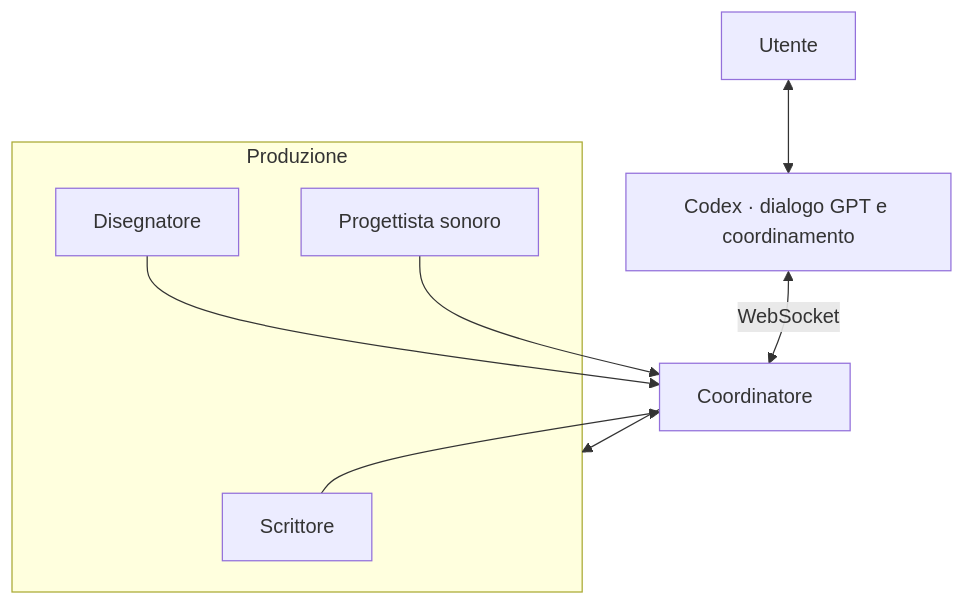
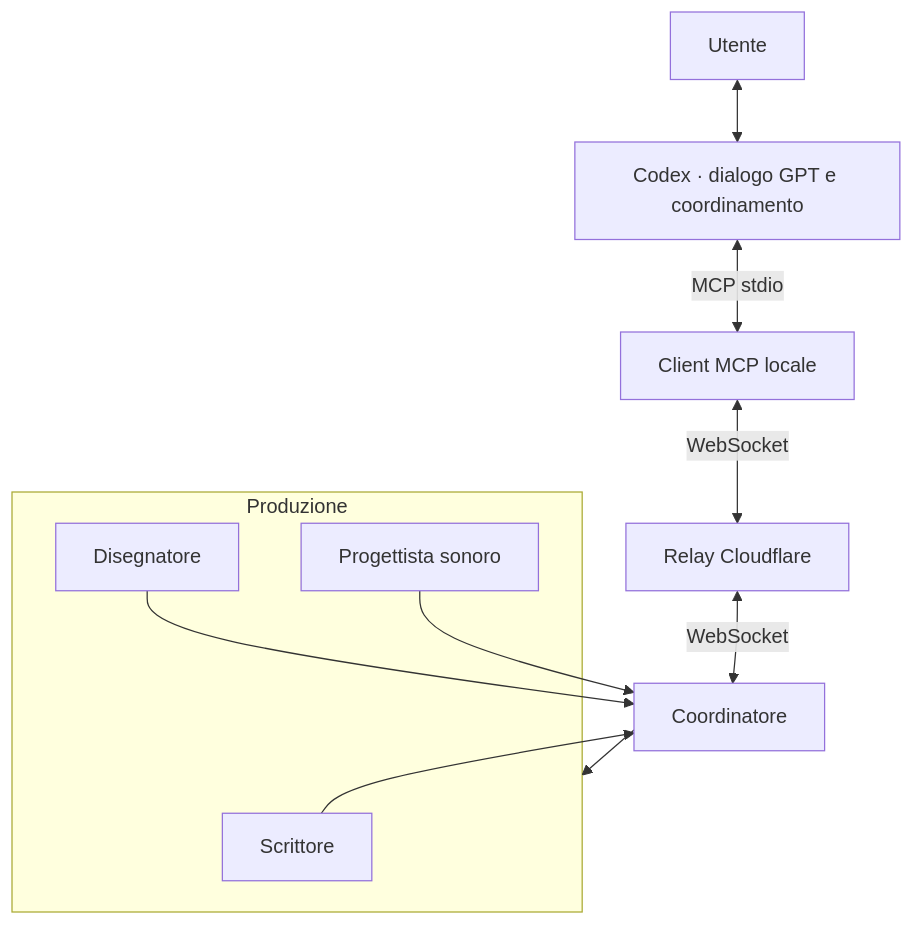
The first of 6 diagrams in README.md (DRincs-Productions/LM-Studio), drawn with Mermaid before and after one commit. The commit also changed other lines of this file and 8 other files, not shown here.

````diff
--- a/README.md
+++ b/README.md
@@ -65,14 +65,16 @@
 ```mermaid
 flowchart TD
     U[Utente] <--> X[Codex · dialogo GPT e coordinamento]
-    X <-->|WebSocket| C[Coordinatore]
+    X <-->|MCP stdio| CLIENT[Client MCP locale]
+    CLIENT <-->|WebSocket| CF[Relay Cloudflare]
+    CF <-->|WebSocket| C[Coordinatore]
     C --> PRODUZIONE
     subgraph PRODUZIONE[Produzione]
         W[Scrittore]
         D[Disegnatore]
         S[Progettista sonoro]
     end
     W --> C
     D --> C
     S --> C
 ```
````
